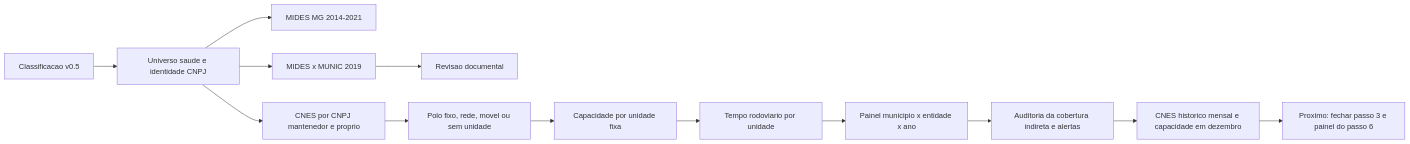
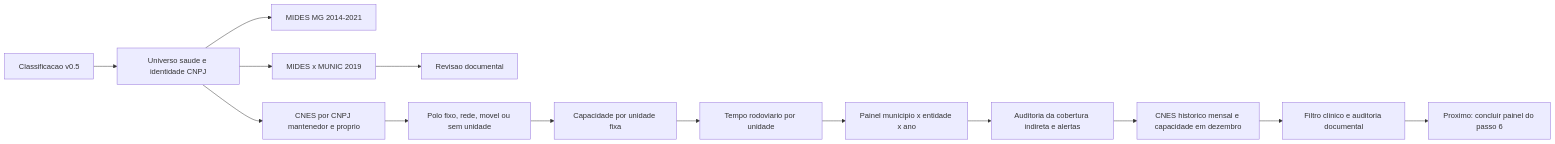
The diagram in analises/modelo_gravitacional_saude/README.md (driano1221/consorcios-mg-dados-territorio), drawn with Mermaid before and after one commit. The commit also changed other lines of this file and 9 other files, not shown here.

````diff
--- a/analises/modelo_gravitacional_saude/README.md
+++ b/analises/modelo_gravitacional_saude/README.md
@@ -65,15 +63,16 @@
 ```mermaid
 flowchart LR
   A[Classificacao v0.5] --> B[Universo saude e identidade CNPJ]
   B --> C[MIDES MG 2014-2021]
   B --> D[MIDES x MUNIC 2019]
   D --> E[Revisao documental]
   B --> F[CNES por CNPJ mantenedor e proprio]
   F --> G[Polo fixo, rede, movel ou sem unidade]
   G --> H[Capacidade por unidade fixa]
   H --> I[Tempo rodoviario por unidade]
   I --> J[Painel municipio x entidade x ano]
   J --> K[Auditoria da cobertura indireta e alertas]
   K --> M[CNES historico mensal e capacidade em dezembro]
-  M --> L[Proximo: fechar passo 3 e painel do passo 6]
+  M --> N[Filtro clinico e auditoria documental]
+  N --> L[Proximo: concluir painel do passo 6]
 ```
````
